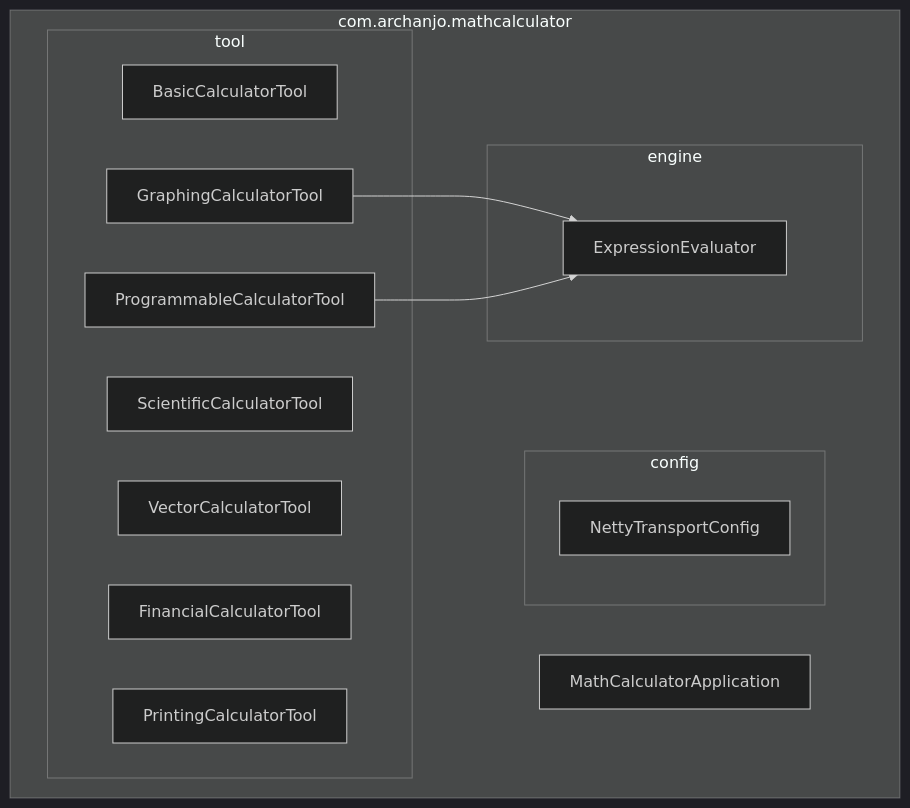
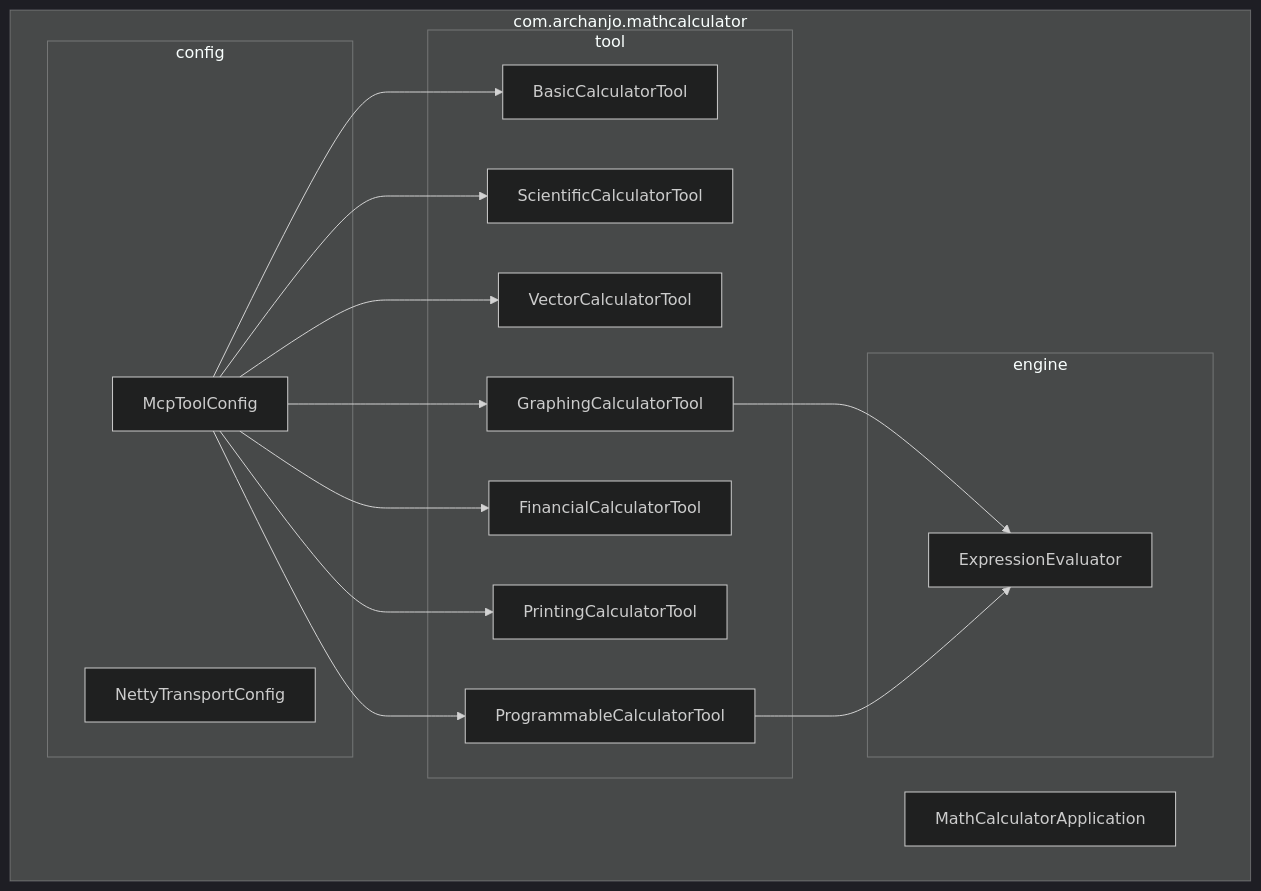
Before and after one commit to farchanjo/math-calculator: the seventh of 7 diagrams in docs/architecture.md, drawn with Mermaid (dark theme). The commit also changed other lines of this file and 3 other files, not shown here.

First line of the commit message:
docs(project): update docs for McpToolConfig and fix Mermaid diagrams

````diff
--- a/docs/architecture.md
+++ b/docs/architecture.md
@@ -116,24 +112,32 @@
 ```mermaid
 graph TB
     subgraph "com.archanjo.mathcalculator"
         APP[MathCalculatorApplication]
         subgraph config
             NTC[NettyTransportConfig]
+            MTC[McpToolConfig]
         end
         subgraph engine
             EE[ExpressionEvaluator]
         end
         subgraph tool
             BCT[BasicCalculatorTool]
             SCT[ScientificCalculatorTool]
             VCT[VectorCalculatorTool]
             GCT[GraphingCalculatorTool]
             FCT[FinancialCalculatorTool]
             PCT[PrintingCalculatorTool]
             PRCT[ProgrammableCalculatorTool]
         end
     end
 
+    MTC --> BCT
+    MTC --> SCT
+    MTC --> VCT
+    MTC --> GCT
+    MTC --> FCT
+    MTC --> PCT
+    MTC --> PRCT
     GCT --> EE
     PRCT --> EE
 ```
````
